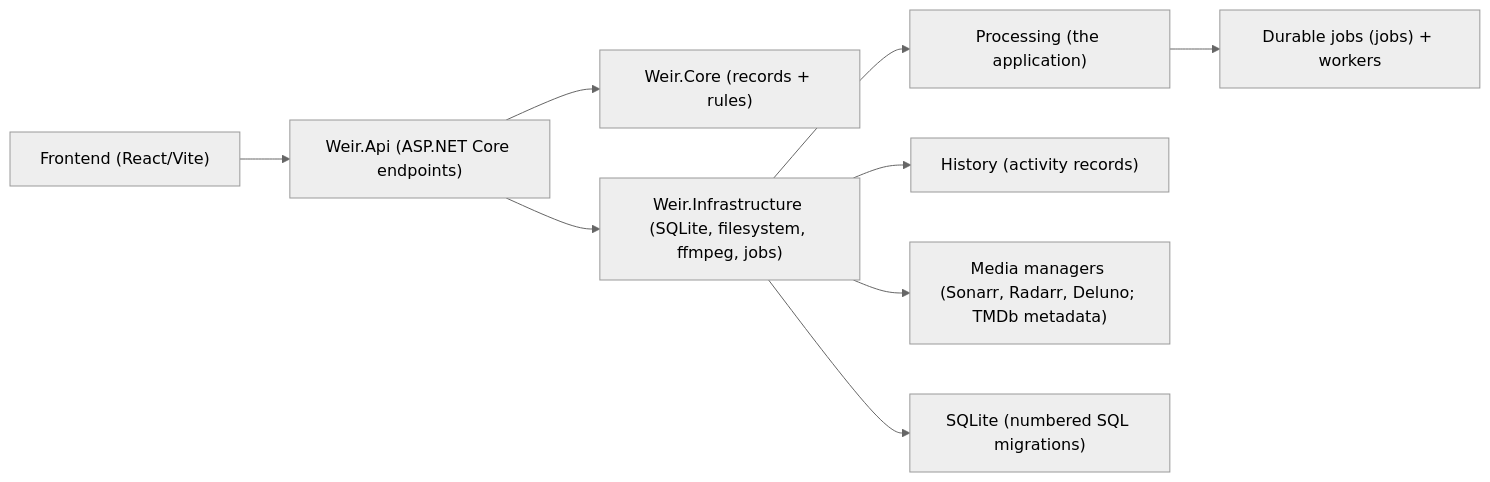
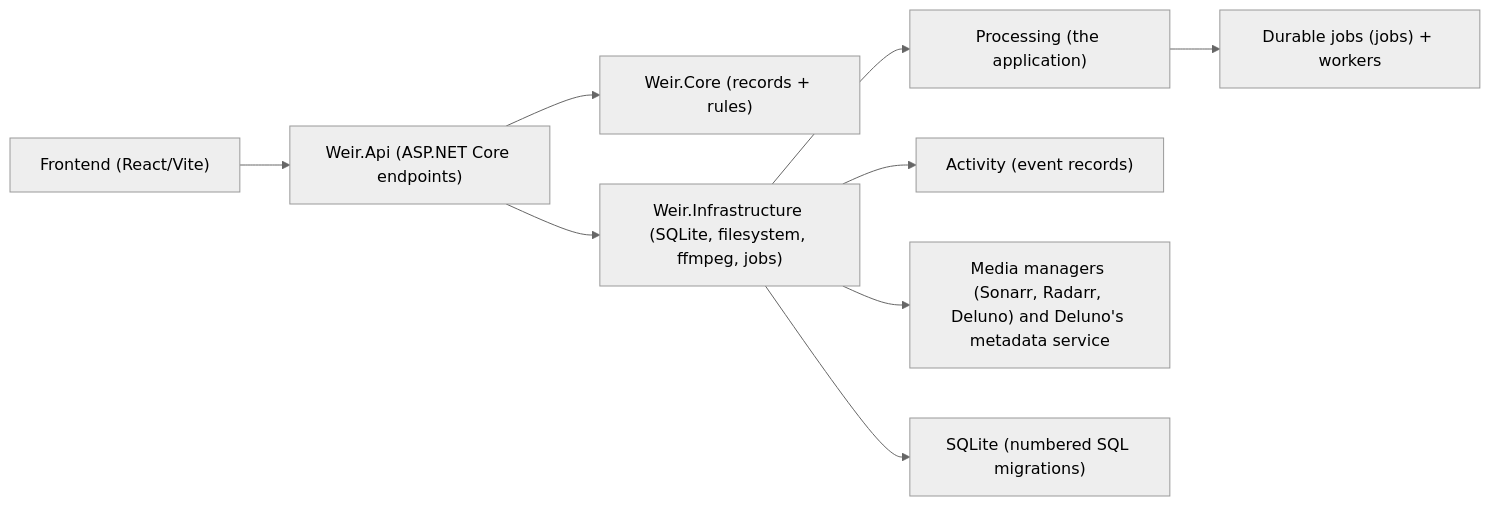
One commit to jampat000/Weir changed the first of 2 diagrams in docs-site/docs/architecture/overview.md. Above: the diagram before and after it, drawn with Mermaid (neutral theme). The commit also changed other lines of this file and 1393 other files, not shown here.

````diff
--- a/docs-site/docs/architecture/overview.md
+++ b/docs-site/docs/architecture/overview.md
@@ -21,11 +21,11 @@
 ```mermaid
 flowchart LR
   UI["Frontend (React/Vite)"] --> API["Weir.Api (ASP.NET Core endpoints)"]
   API --> Core["Weir.Core (records + rules)"]
   API --> Infra["Weir.Infrastructure (SQLite, filesystem, ffmpeg, jobs)"]
   Infra --> Processing["Processing (the application)"]
-  Infra --> History["History (activity records)"]
-  Infra --> Integrations["Media managers (Sonarr, Radarr, Deluno; TMDb metadata)"]
+  Infra --> Activity["Activity (event records)"]
+  Infra --> Integrations["Media managers (Sonarr, Radarr, Deluno) and Deluno's metadata service"]
   Infra --> DB["SQLite (numbered SQL migrations)"]
   Processing --> Jobs["Durable jobs (jobs) + workers"]
 ```
````
